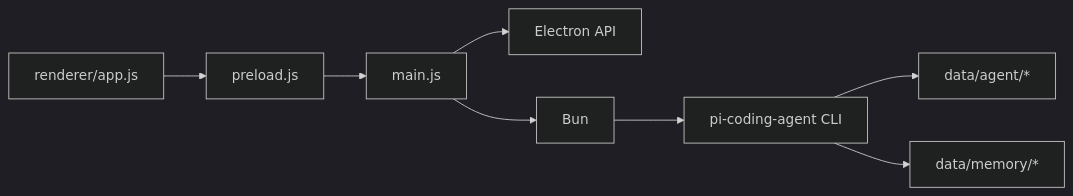
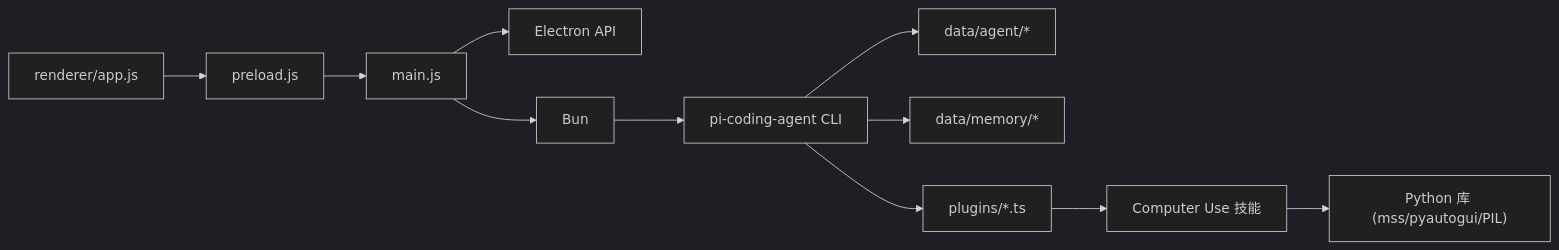
One commit to swond-Mao/Tiffa changed the fifth of 5 diagrams in .qoder/repowiki/zh/content/贡献指南/开发文档.md. Above: the diagram before and after it, drawn with Mermaid (dark theme). The commit also changed other lines of this file and 22 other files, not shown here.

````diff
--- a/.qoder/repowiki/zh/content/贡献指南/开发文档.md
+++ b/.qoder/repowiki/zh/content/贡献指南/开发文档.md
@@ -254,10 +284,13 @@
 ```mermaid
 graph LR
 R["renderer/app.js"] --> P["preload.js"]
 P --> M["main.js"]
 M --> E["Electron API"]
 M --> B["Bun"]
 B --> C["pi-coding-agent CLI"]
 C --> D["data/agent/*"]
 C --> S["data/memory/*"]
+C --> X["plugins/*.ts"]
+X --> Y["Computer Use 技能"]
+Y --> Z["Python 库 (mss/pyautogui/PIL)"]
 ```
````
